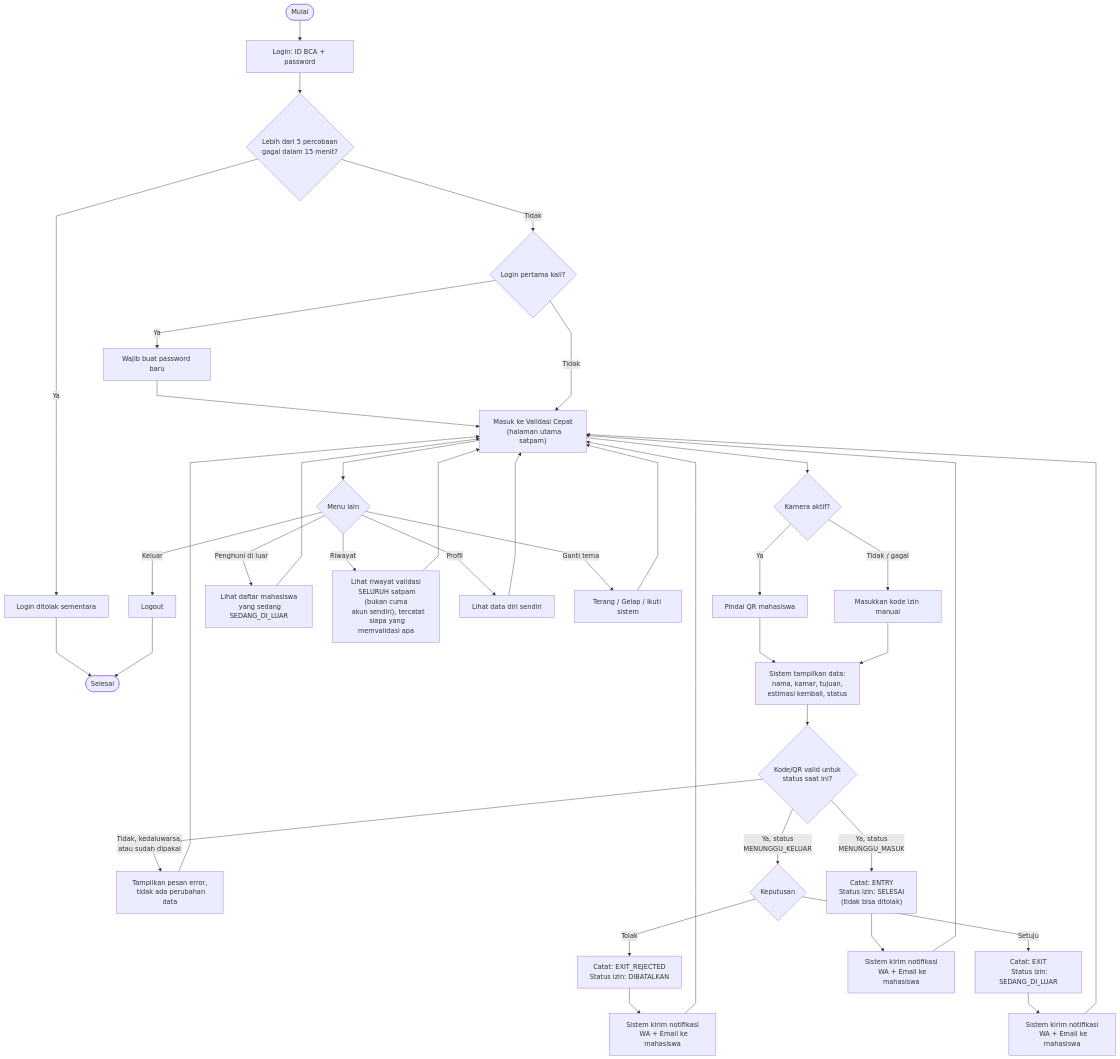
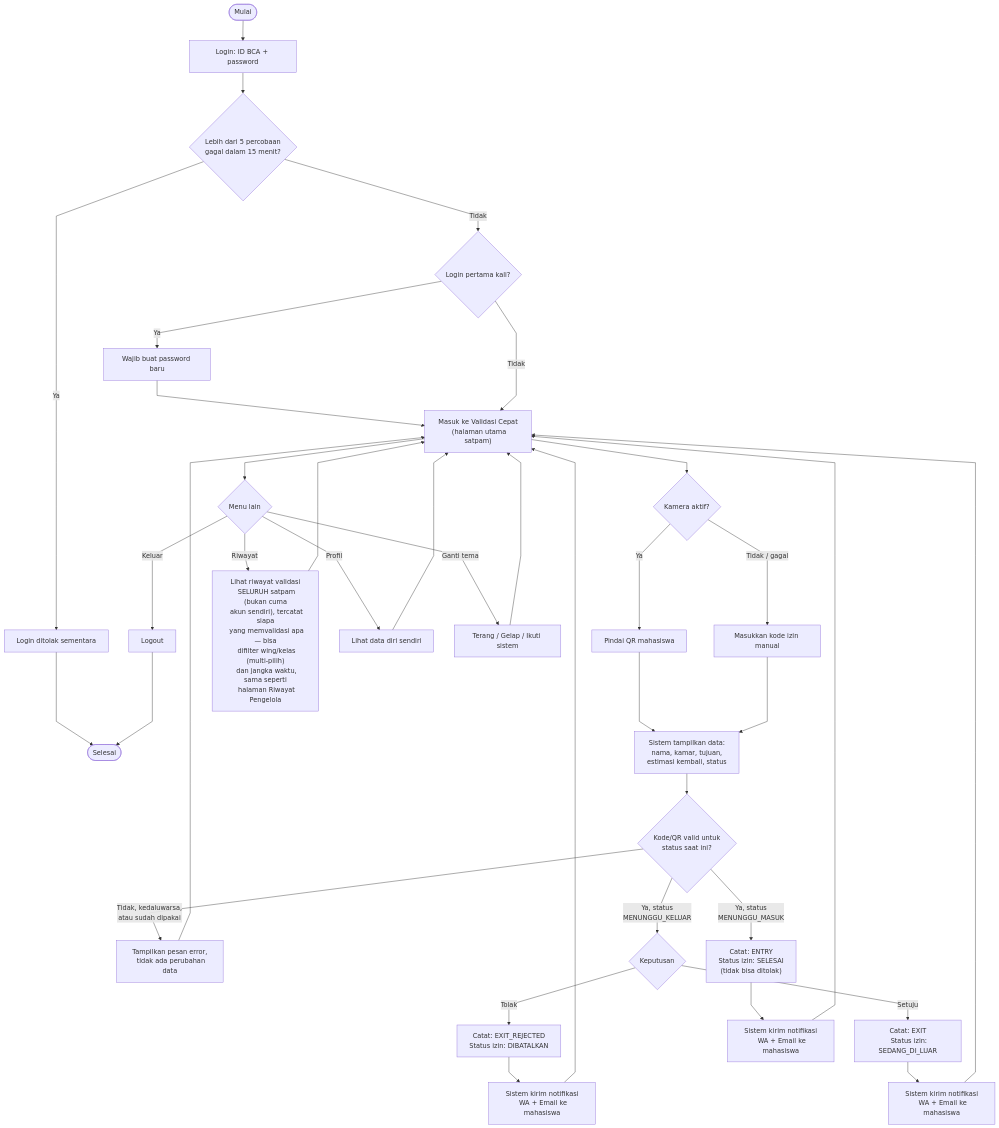
One commit to felicyaholic-dev/SIKAT-RTB changed the diagram in docs/diagrams/flowchart-satpam.md. Above: the diagram before and after it, drawn with Mermaid. The commit also changed other lines of this file and 10 other files, not shown here.

First line of the commit message:
Multi-select Riwayat filters, unify Satpam/Pengelola history, independent wing-recap range

````diff
--- a/docs/diagrams/flowchart-satpam.md
+++ b/docs/diagrams/flowchart-satpam.md
@@ -5,66 +5,66 @@
 ```mermaid
 %%{init: {'flowchart': {'curve': 'linear'}}}%%
 flowchart TD
   Start([Mulai]) --> Login["Login: ID BCA + password"]
   Login --> RL{Lebih dari 5 percobaan
   gagal dalam 15 menit?}
   RL -->|Ya| RL1[Login ditolak sementara]
   RL1 --> Finish([Selesai])
   RL -->|Tidak| First{Login pertama kali?}
   First -->|Ya| ChangePw[Wajib buat password baru]
   ChangePw --> Home["Masuk ke Validasi Cepat
   (halaman utama satpam)"]
   First -->|Tidak| Home
 
   Home --> Mode{Kamera aktif?}
   Mode -->|Ya| Scan[Pindai QR mahasiswa]
   Mode -->|Tidak / gagal| Manual[Masukkan kode izin manual]
   Scan --> Lookup[Sistem tampilkan data:
   nama, kamar, tujuan,
   estimasi kembali, status]
   Manual --> Lookup
 
   Lookup --> Valid{Kode/QR valid untuk
   status saat ini?}
   Valid -->|Tidak, kedaluwarsa,
   atau sudah dipakai| Reject0[Tampilkan pesan error,
   tidak ada perubahan data]
   Reject0 --> Home
 
   Valid -->|Ya, status
   MENUNGGU_KELUAR| ExitDecision{Keputusan}
   ExitDecision -->|Tolak| ExitReject["Catat: EXIT_REJECTED
   Status izin: DIBATALKAN"]
   ExitReject --> NotifReject[Sistem kirim notifikasi
   WA + Email ke mahasiswa]
   NotifReject --> Home
   ExitDecision -->|Setuju| ExitApprove["Catat: EXIT
   Status izin: SEDANG_DI_LUAR"]
   ExitApprove --> NotifApprove[Sistem kirim notifikasi
   WA + Email ke mahasiswa]
   NotifApprove --> Home
 
   Valid -->|Ya, status
   MENUNGGU_MASUK| EntryConfirm["Catat: ENTRY
   Status izin: SELESAI
   (tidak bisa ditolak)"]
   EntryConfirm --> NotifEntry[Sistem kirim notifikasi
   WA + Email ke mahasiswa]
   NotifEntry --> Home
 
   Home --> OtherMenu{Menu lain}
-  OtherMenu -->|Penghuni di luar| Outside[Lihat daftar mahasiswa
-  yang sedang SEDANG_DI_LUAR]
-  Outside --> Home
   OtherMenu -->|Riwayat| History["Lihat riwayat validasi
   SELURUH satpam (bukan cuma
-  akun sendiri), tercatat
-  siapa yang memvalidasi apa"]
+  akun sendiri), tercatat siapa
+  yang memvalidasi apa — bisa
+  difilter wing/kelas (multi-pilih)
+  dan jangka waktu, sama seperti
+  halaman Riwayat Pengelola"]
   History --> Home
   OtherMenu -->|Profil| Profile[Lihat data diri sendiri]
   Profile --> Home
   OtherMenu -->|Ganti tema| Theme[Terang / Gelap / Ikuti sistem]
   Theme --> Home
   OtherMenu -->|Keluar| Logout[Logout]
   Logout --> Finish
 ```
````
